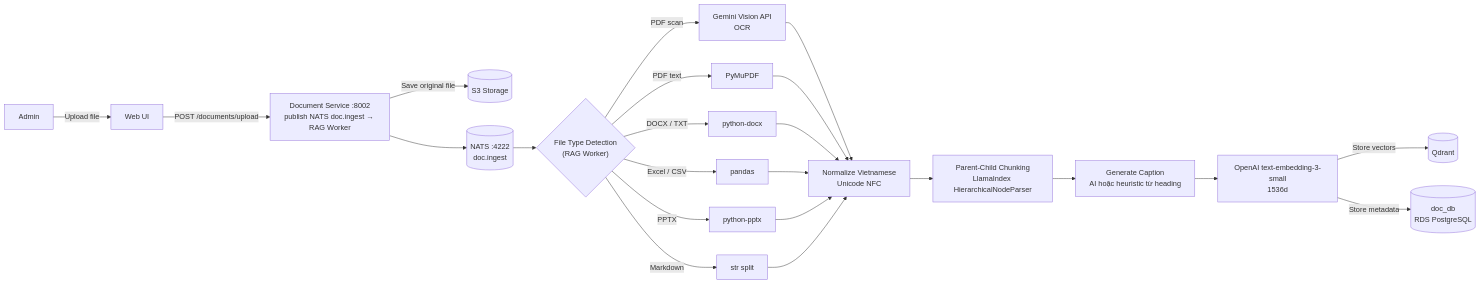
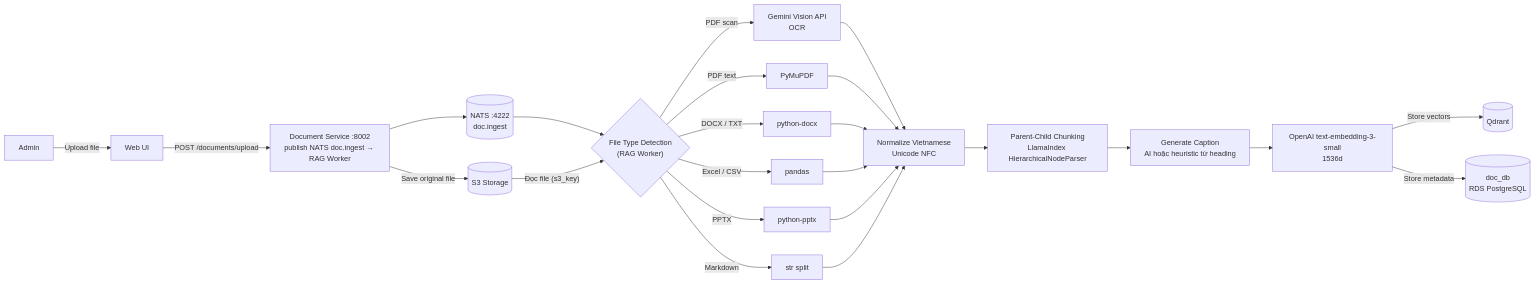
One commit to cds0987/DA08-VSF-AI changed the second of 6 diagrams in docs/SA_RAG_Chatbot_Final.md. Above: the diagram before and after it, drawn with Mermaid. The commit also changed other lines of this file and 4 other files, not shown here.

````diff
--- a/docs/SA_RAG_Chatbot_Final.md
+++ b/docs/SA_RAG_Chatbot_Final.md
@@ -237,28 +240,29 @@
 ```mermaid
 graph LR
     ADM["Admin"] -->|Upload file| UI["Web UI"]
     UI -->|POST /documents/upload| API["Document Service :8002\npublish NATS doc.ingest → RAG Worker"]
     API -->|Save original file| S3[("S3 Storage")]
 
     API --> NATS[("NATS :4222\ndoc.ingest")]
     NATS --> DET{"File Type Detection\n(RAG Worker)"}
+    S3 -->|"Đọc file (s3_key)"| DET
     DET -->|PDF scan| GV["Gemini Vision API\nOCR"]
     DET -->|PDF text| MU["PyMuPDF"]
     DET -->|DOCX / TXT| DC["python-docx"]
     DET -->|Excel / CSV| PD["pandas"]
     DET -->|PPTX| PP["python-pptx"]
     DET -->|Markdown| MD["str split"]
 
     GV --> NORM["Normalize Vietnamese\nUnicode NFC"]
     MU --> NORM
     DC --> NORM
     PD --> NORM
     PP --> NORM
     MD --> NORM
 
     NORM --> CHUNK["Parent-Child Chunking\nLlamaIndex HierarchicalNodeParser"]
     CHUNK --> CAP["Generate Caption\nAI hoặc heuristic từ heading"]
     CAP --> EMBED["OpenAI text-embedding-3-small\n1536d"]
     EMBED -->|Store vectors| QD[("Qdrant")]
     EMBED -->|Store metadata| PGM[("doc_db\nRDS PostgreSQL")]
 ```
````
